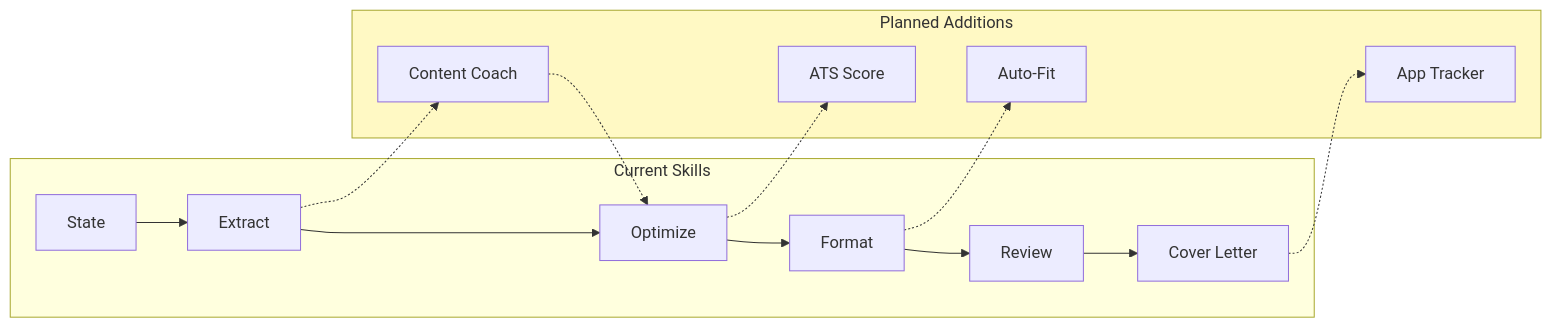
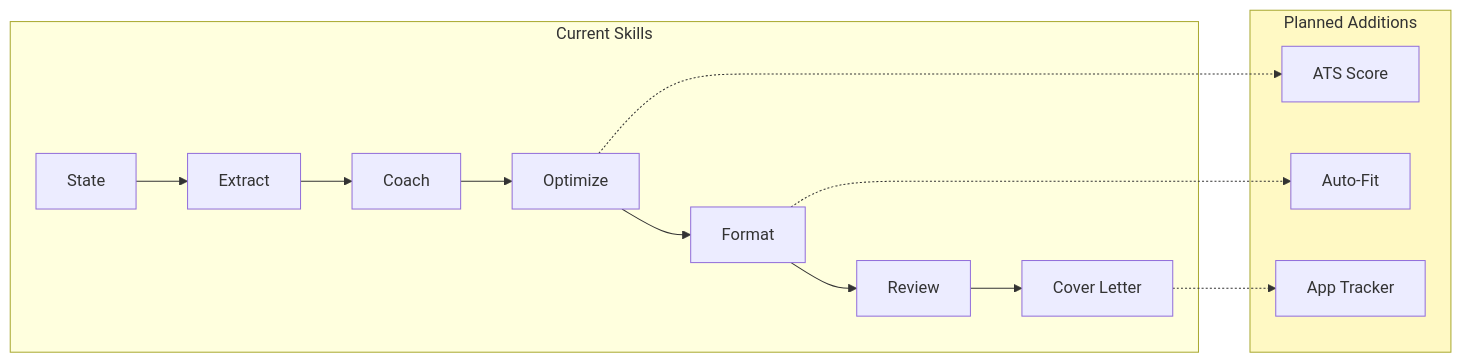
The fourth of 4 diagrams in README.md (vibewith-brent/claude-resume-skills), drawn with Mermaid before and after one commit. The commit also changed other lines of this file and 5 other files, not shown here.

````diff
--- a/README.md
+++ b/README.md
@@ -387,25 +371,23 @@
 ```mermaid
 flowchart LR
     subgraph current["Current Skills"]
         A[State] --> B[Extract]
-        B --> C[Optimize]
-        C --> D[Format]
-        D --> E[Review]
-        E --> F[Cover Letter]
+        B --> C[Coach]
+        C --> D[Optimize]
+        D --> E[Format]
+        E --> F[Review]
+        F --> G[Cover Letter]
     end
 
     subgraph planned["Planned Additions"]
-        G[Content Coach]
         H[ATS Score]
         I[Auto-Fit]
         J[App Tracker]
     end
 
-    B -.-> G
-    G -.-> C
-    C -.-> H
-    D -.-> I
-    F -.-> J
+    D -.-> H
+    E -.-> I
+    G -.-> J
 
     style planned fill:#fff9c4
 ```
````
